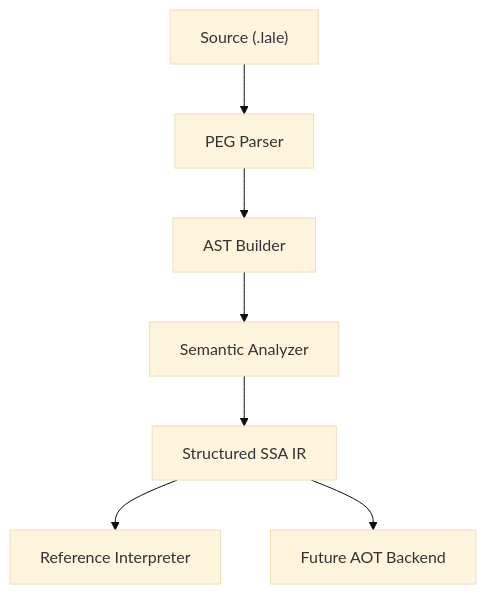
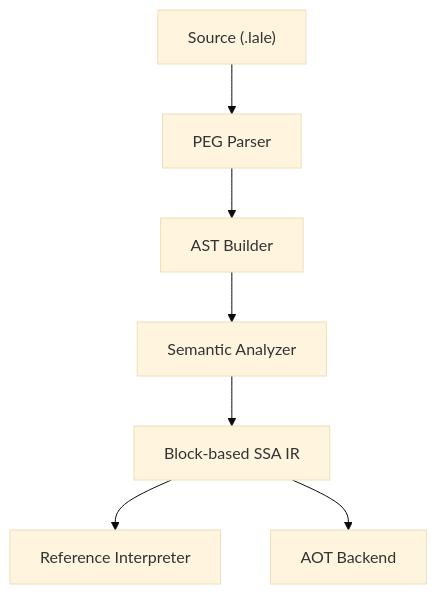
Before and after one commit to kkayal/lale: the diagram in README.md, drawn with Mermaid (base theme). The commit also changed other lines of this file and 175 other files, not shown here.

````diff
--- a/README.md
+++ b/README.md
@@ -144,9 +243,9 @@
 ```mermaid
 graph TD
     Source["Source (.lale)"] --> Parser["PEG Parser"]
     Parser --> AST["AST Builder"]
     AST --> Semantic["Semantic Analyzer"]
-    Semantic --> IR["Structured SSA IR"]
+    Semantic --> IR["Block-based SSA IR"]
     IR --> Interpreter["Reference Interpreter"]
-    IR --> AOT["Future AOT Backend"]
+    IR --> AOT["AOT Backend"]
 ```
````
